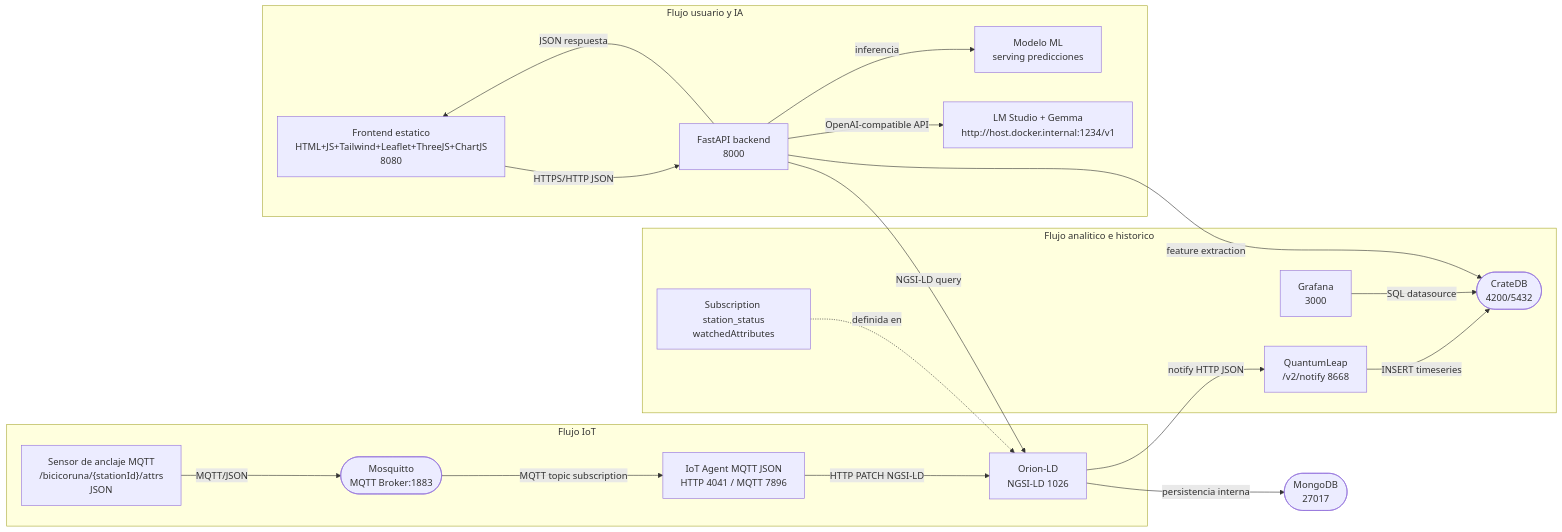
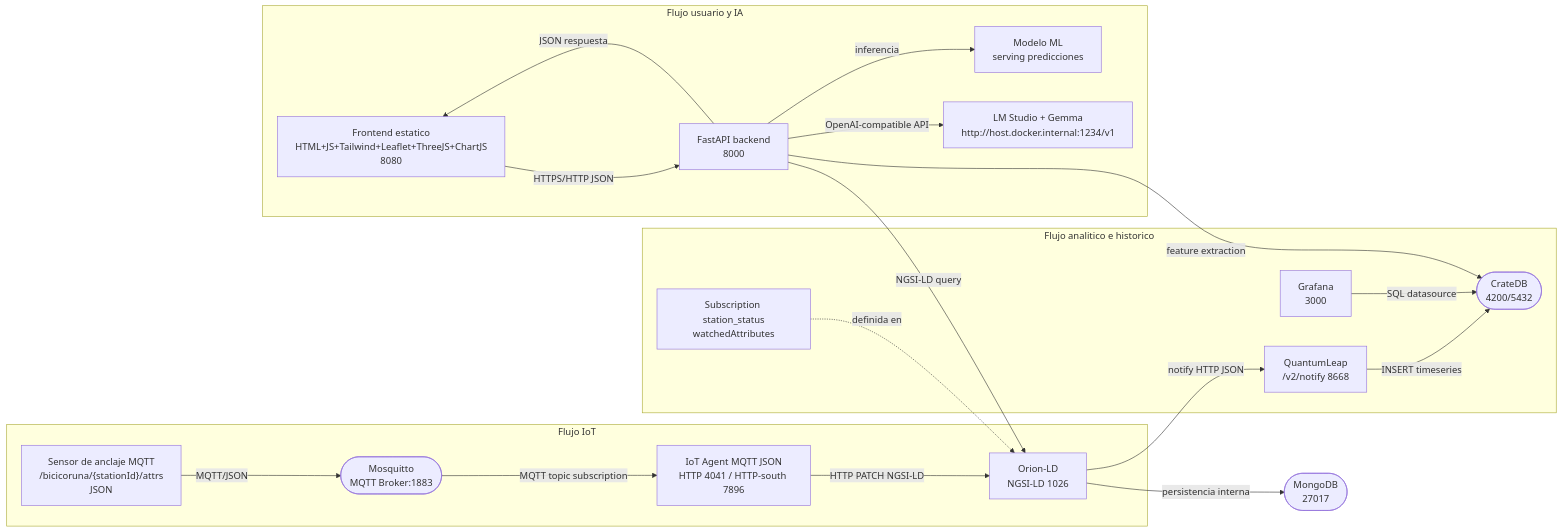
One commit to alvaroprzr/FIWARE-Smart-Data-Models changed the first of 2 diagrams in APPLICATION.md. Above: the diagram before and after it, drawn with Mermaid. The commit also changed other lines of this file and 4 other files, not shown here.

````diff
--- a/APPLICATION.md
+++ b/APPLICATION.md
@@ -91,39 +91,39 @@
 ```mermaid
 flowchart LR
   subgraph IoT[Flujo IoT]
     S1["Sensor de anclaje MQTT\n/bicicoruna/{stationId}/attrs\nJSON"]
     MQ(["Mosquitto\nMQTT Broker:1883"])
-    IA["IoT Agent MQTT JSON\nHTTP 4041 / MQTT 7896"]
+    IA["IoT Agent MQTT JSON\nHTTP 4041 / HTTP-south 7896"]
     ORI["Orion-LD\nNGSI-LD 1026"]
     S1 -- MQTT/JSON --> MQ
     MQ -- MQTT topic subscription --> IA
     IA -- HTTP PATCH NGSI-LD --> ORI
   end
 
   subgraph Analytics[Flujo analitico e historico]
     SUB["Subscription station_status\nwatchedAttributes"]
     QL["QuantumLeap\n/v2/notify 8668"]
     CR(["CrateDB\n4200/5432"])
     GRA["Grafana\n3000"]
     ORI -- notify HTTP JSON --> QL
     QL -- INSERT timeseries --> CR
     GRA -- SQL datasource --> CR
     SUB -. definida en .-> ORI
   end
 
   subgraph UserFlow[Flujo usuario y IA]
     FE["Frontend estatico\nHTML+JS+Tailwind+Leaflet+ThreeJS+ChartJS\n8080"]
     API["FastAPI backend\n8000"]
     ML["Modelo ML\nserving predicciones"]
     LLM["LM Studio + Gemma\nhttp://host.docker.internal:1234/v1"]
     FE -- HTTPS/HTTP JSON --> API
     API -- NGSI-LD query --> ORI
     API -- feature extraction --> CR
     API -- inferencia --> ML
     API -- OpenAI-compatible API --> LLM
     API -- JSON respuesta --> FE
   end
 
   MDB(["MongoDB\n27017"])
   ORI -- persistencia interna --> MDB
 ```
````
